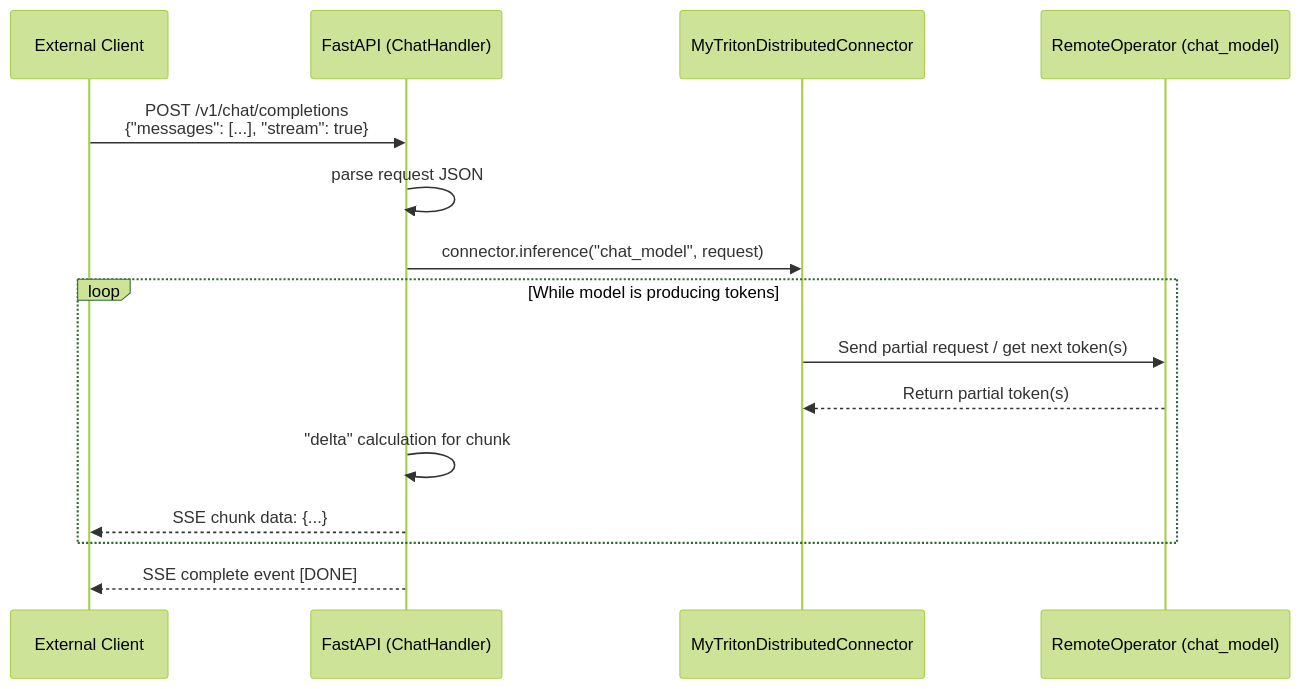
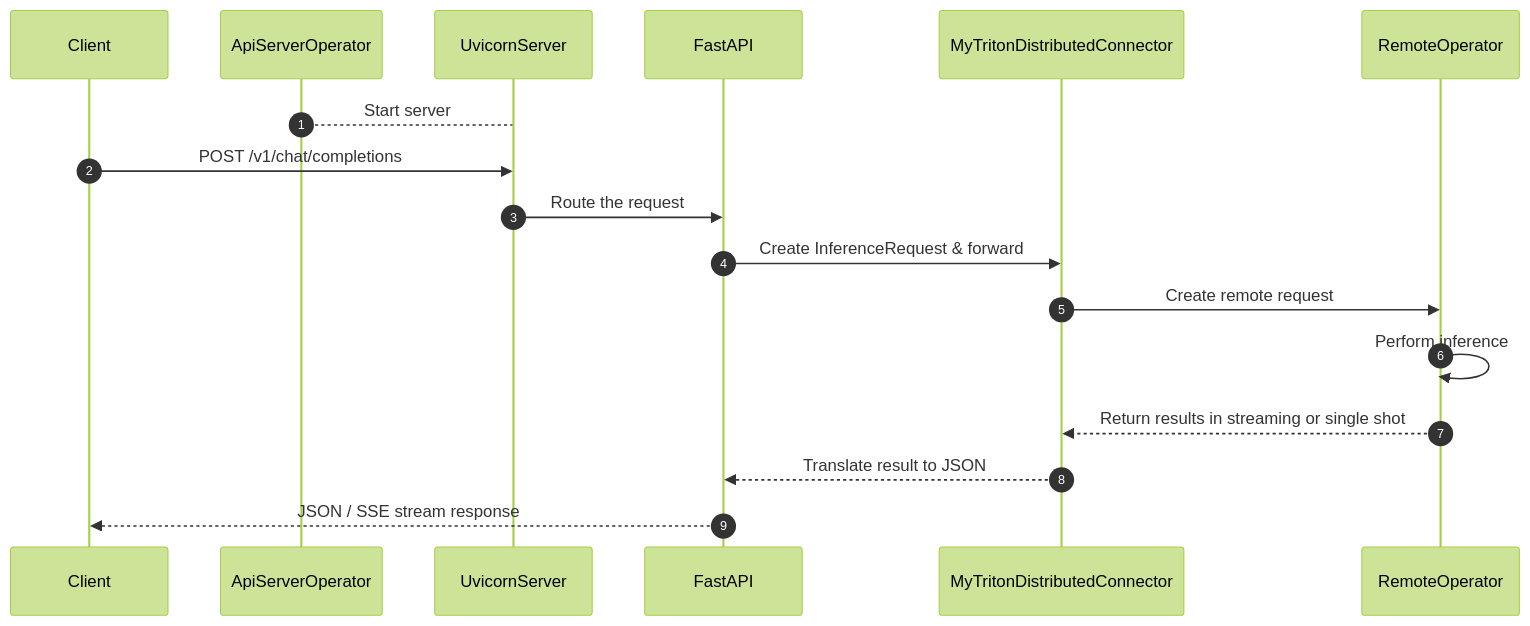
Before and after one commit to triton-inference-server/triton_distributed: the second of 3 diagrams in examples/api_server_open_ai/README.md, drawn with Mermaid (forest theme). The commit also changed other lines of this file, not shown here.

Commit message:
Add README.md to API server

````diff
--- a/examples/api_server_open_ai/README.md
+++ b/examples/api_server_open_ai/README.md
@@ -215,18 +112,21 @@
 ```mermaid
 sequenceDiagram
-    participant Client as External Client
-    participant API as FastAPI (ChatHandler)
-    participant Connector as MyTritonDistributedConnector
-    participant Worker as RemoteOperator (chat_model)
+    autonumber
+    participant Client
+    participant ApiServerOperator
+    participant UvicornServer
+    participant FastAPI
+    participant MyTritonDistributedConnector
+    participant RemoteOperator
 
-    Client->>API: POST /v1/chat/completions<br/>{"messages": [...], "stream": true}
-    API->>API: parse request JSON
-    API->>Connector: connector.inference("chat_model", request)
-    loop While model is producing tokens
-        Connector->>Worker: Send partial request / get next token(s)
-        Worker-->>Connector: Return partial token(s)
-        API->>API: "delta" calculation for chunk
-        API-->>Client: SSE chunk data: {...}
-    end
-    API-->>Client: SSE complete event [DONE]
+    ApiServerOperator-->UvicornServer: Start server
+
+    Client->>UvicornServer: POST /v1/chat/completions
+    UvicornServer->>FastAPI: Route the request
+    FastAPI->>MyTritonDistributedConnector: Create InferenceRequest & forward
+    MyTritonDistributedConnector->>RemoteOperator: Create remote request
+    RemoteOperator->>RemoteOperator: Perform inference
+    RemoteOperator-->>MyTritonDistributedConnector: Return results in streaming or single shot
+    MyTritonDistributedConnector-->>FastAPI: Translate result to JSON
+    FastAPI-->>Client: JSON / SSE stream response
 ```
````
